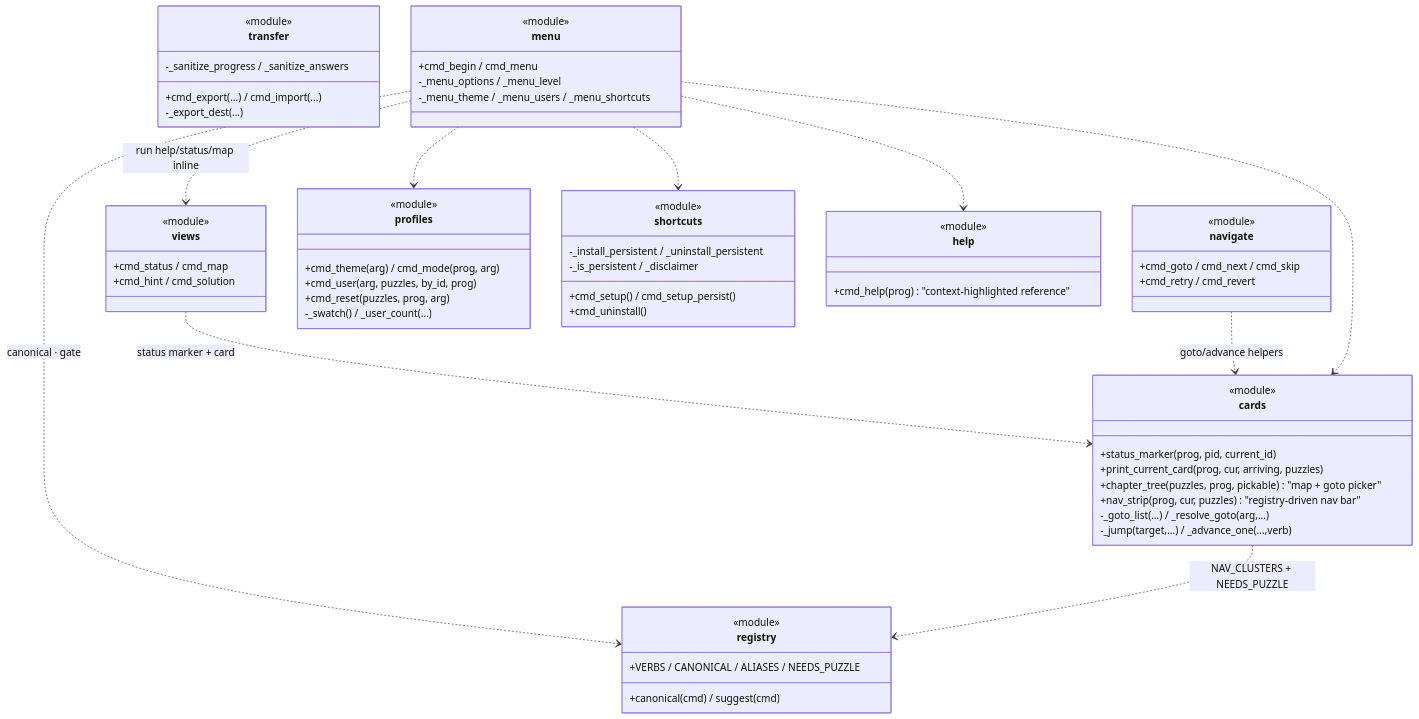
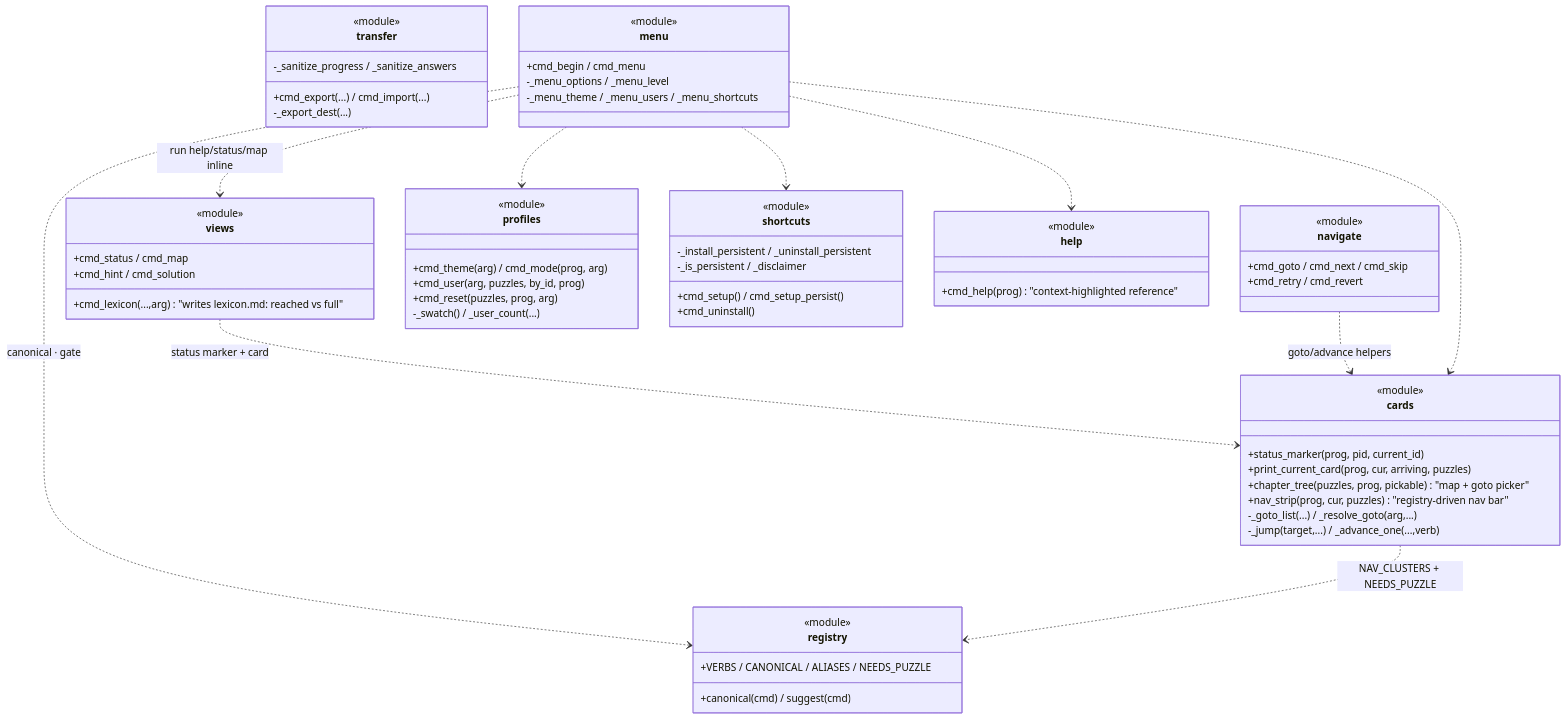
The second of 4 diagrams in docs/architecture/commands.md (N041M/PyQuest), drawn with Mermaid before and after one commit. The commit also changed other lines of this file and 13 other files, not shown here.

````diff
--- a/docs/architecture/commands.md
+++ b/docs/architecture/commands.md
@@ -51,66 +51,67 @@
 ```mermaid
 classDiagram
     class registry {
         <<module>>
         +VERBS / CANONICAL / ALIASES / NEEDS_PUZZLE
         +canonical(cmd) / suggest(cmd)
     }
     class cards {
         <<module>>
         +status_marker(prog, pid, current_id)
         +print_current_card(prog, cur, arriving, puzzles)
         +chapter_tree(puzzles, prog, pickable)  "map + goto picker"
         +nav_strip(prog, cur, puzzles)  "registry-driven nav bar"
         -_goto_list(...) / _resolve_goto(arg,...)
         -_jump(target,...) / _advance_one(...,verb)
     }
     class views {
         <<module>>
         +cmd_status / cmd_map
         +cmd_hint / cmd_solution
+        +cmd_lexicon(...,arg)  "writes lexicon.md: reached vs full"
     }
     class navigate {
         <<module>>
         +cmd_goto / cmd_next / cmd_skip
         +cmd_retry / cmd_revert
     }
     class profiles {
         <<module>>
         +cmd_theme(arg) / cmd_mode(prog, arg)
         +cmd_user(arg, puzzles, by_id, prog)
         +cmd_reset(puzzles, prog, arg)
         -_swatch() / _user_count(...)
     }
     class transfer {
         <<module>>
         +cmd_export(...) / cmd_import(...)
         -_export_dest(...)
         -_sanitize_progress / _sanitize_answers
     }
     class shortcuts {
         <<module>>
         +cmd_setup() / cmd_setup_persist()
         +cmd_uninstall()
         -_install_persistent / _uninstall_persistent
         -_is_persistent / _disclaimer
     }
     class menu {
         <<module>>
         +cmd_begin / cmd_menu
         -_menu_options / _menu_level
         -_menu_theme / _menu_users / _menu_shortcuts
     }
     class help {
         <<module>>
         +cmd_help(prog)  "context-highlighted reference"
     }
     views ..> cards : status marker + card
     navigate ..> cards : goto/advance helpers
     menu ..> cards
     menu ..> profiles
     menu ..> shortcuts
     menu ..> views : run help/status/map inline
     menu ..> help
     menu ..> registry : canonical · gate
     cards ..> registry : NAV_CLUSTERS + NEEDS_PUZZLE
 ```
````
